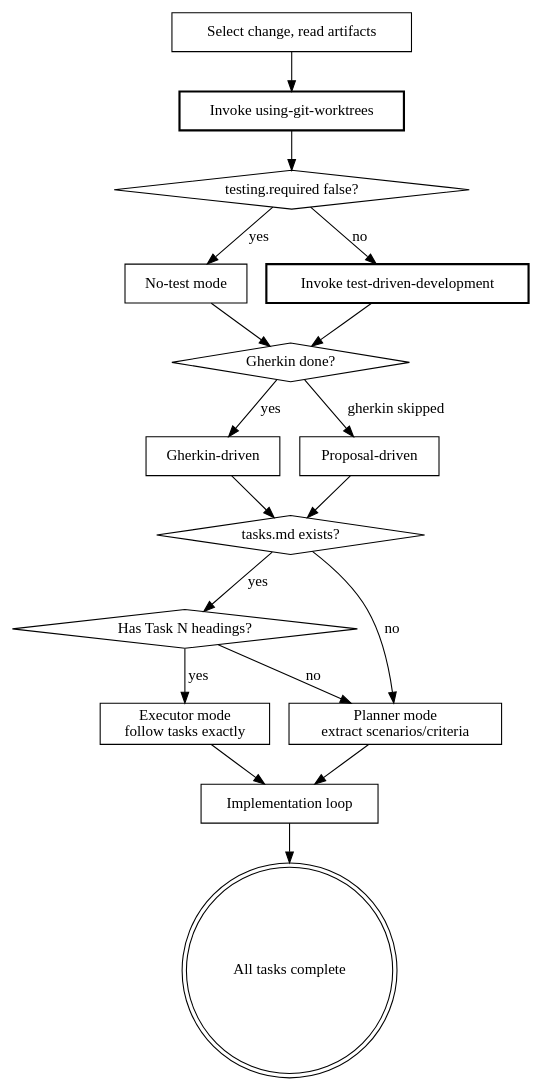
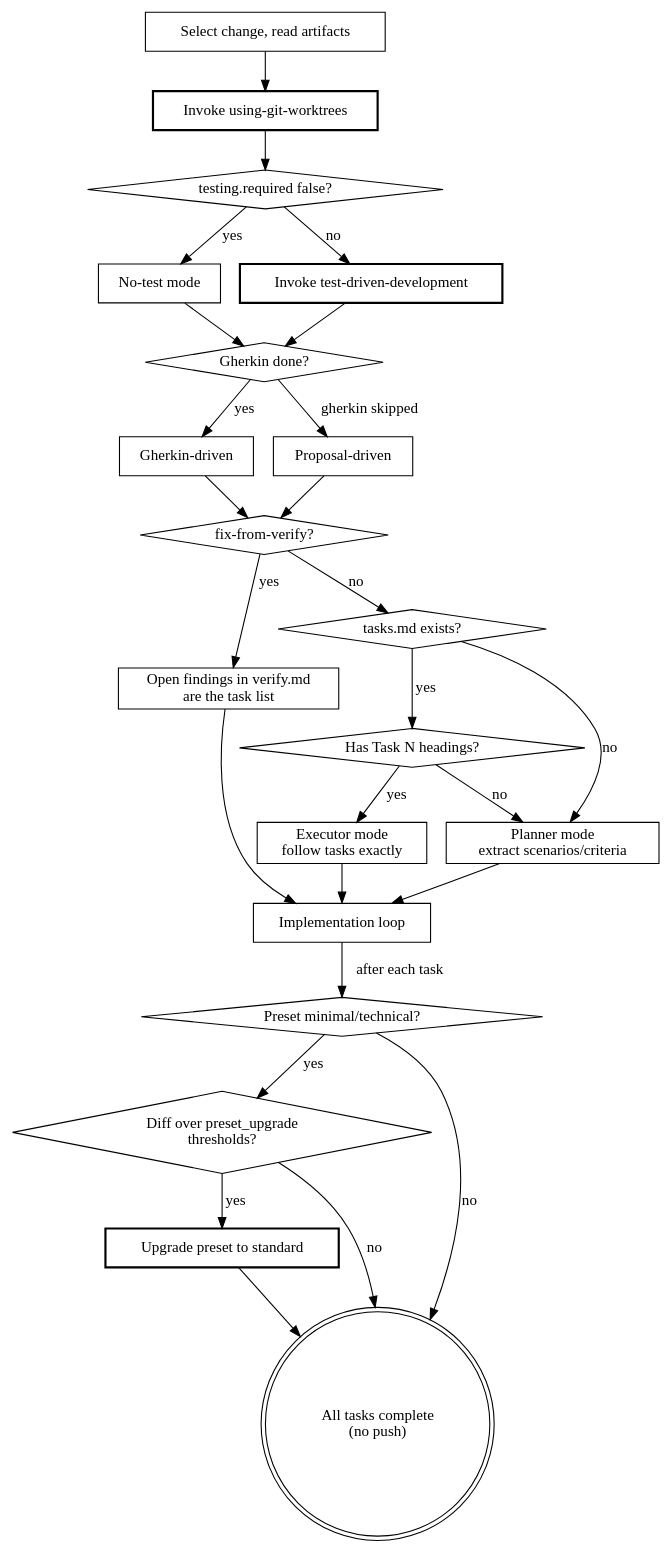
Before and after one commit to kirkchen/beat: the diagram in skills/apply/SKILL.md, drawn with Graphviz. The commit also changed other lines of this file and 14 other files, not shown here.

First line of the commit message:
refactor(skills): harden topology changes — flowcharts, red flags, descriptions

````diff
--- a/skills/apply/SKILL.md
+++ b/skills/apply/SKILL.md
@@ -106,36 +106,49 @@
 ```dot
 digraph apply {
     "Select change, read artifacts" [shape=box];
     "Invoke using-git-worktrees" [shape=box, style=bold];
     "testing.required false?" [shape=diamond];
     "No-test mode" [shape=box];
     "Invoke test-driven-development" [shape=box, style=bold];
     "Gherkin done?" [shape=diamond];
     "Gherkin-driven" [shape=box];
     "Proposal-driven" [shape=box];
+    "fix-from-verify?" [shape=diamond];
+    "Open findings in verify.md\nare the task list" [shape=box];
     "tasks.md exists?" [shape=diamond];
     "Has Task N headings?" [shape=diamond];
     "Executor mode\nfollow tasks exactly" [shape=box];
     "Planner mode\nextract scenarios/criteria" [shape=box];
     "Implementation loop" [shape=box];
-    "All tasks complete" [shape=doublecircle];
+    "Preset minimal/technical?" [shape=diamond];
+    "Diff over preset_upgrade\nthresholds?" [shape=diamond];
+    "Upgrade preset to standard" [shape=box, style=bold];
+    "All tasks complete\n(no push)" [shape=doublecircle];
 
     "Select change, read artifacts" -> "Invoke using-git-worktrees";
     "Invoke using-git-worktrees" -> "testing.required false?";
     "testing.required false?" -> "No-test mode" [label="yes"];
     "testing.required false?" -> "Invoke test-driven-development" [label="no"];
     "No-test mode" -> "Gherkin done?";
     "Invoke test-driven-development" -> "Gherkin done?";
     "Gherkin done?" -> "Gherkin-driven" [label="yes"];
     "Gherkin done?" -> "Proposal-driven" [label="gherkin skipped"];
-    "Gherkin-driven" -> "tasks.md exists?";
-    "Proposal-driven" -> "tasks.md exists?";
+    "Gherkin-driven" -> "fix-from-verify?";
+    "Proposal-driven" -> "fix-from-verify?";
+    "fix-from-verify?" -> "Open findings in verify.md\nare the task list" [label="yes"];
+    "fix-from-verify?" -> "tasks.md exists?" [label="no"];
+    "Open findings in verify.md\nare the task list" -> "Implementation loop";
     "tasks.md exists?" -> "Has Task N headings?" [label="yes"];
     "tasks.md exists?" -> "Planner mode\nextract scenarios/criteria" [label="no"];
     "Has Task N headings?" -> "Executor mode\nfollow tasks exactly" [label="yes"];
     "Has Task N headings?" -> "Planner mode\nextract scenarios/criteria" [label="no"];
     "Executor mode\nfollow tasks exactly" -> "Implementation loop";
     "Planner mode\nextract scenarios/criteria" -> "Implementation loop";
-    "Implementation loop" -> "All tasks complete";
+    "Implementation loop" -> "Preset minimal/technical?" [label="after each task"];
+    "Preset minimal/technical?" -> "Diff over preset_upgrade\nthresholds?" [label="yes"];
+    "Preset minimal/technical?" -> "All tasks complete\n(no push)" [label="no"];
+    "Diff over preset_upgrade\nthresholds?" -> "Upgrade preset to standard" [label="yes"];
+    "Diff over preset_upgrade\nthresholds?" -> "All tasks complete\n(no push)" [label="no"];
+    "Upgrade preset to standard" -> "All tasks complete\n(no push)";
 }
 ```
````
